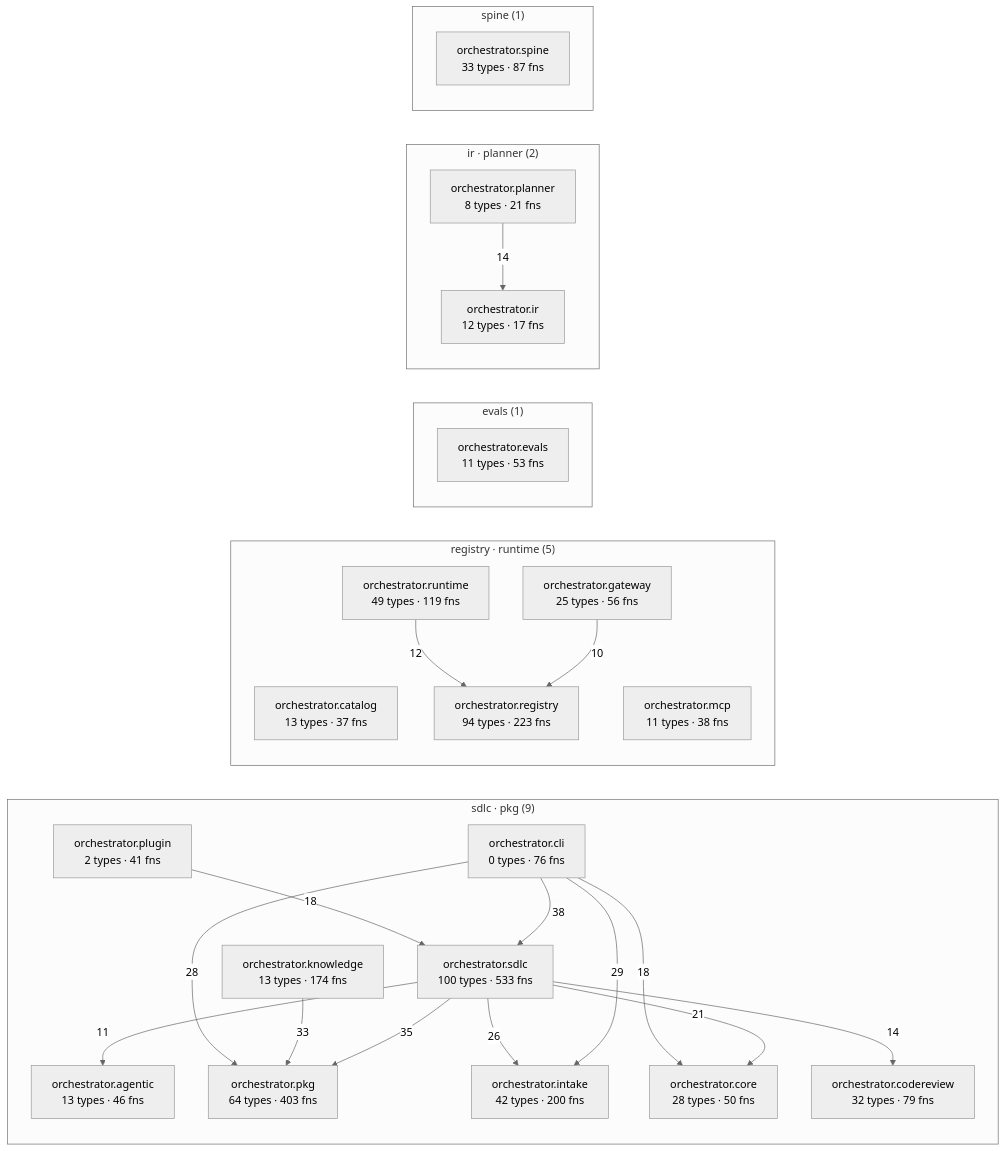
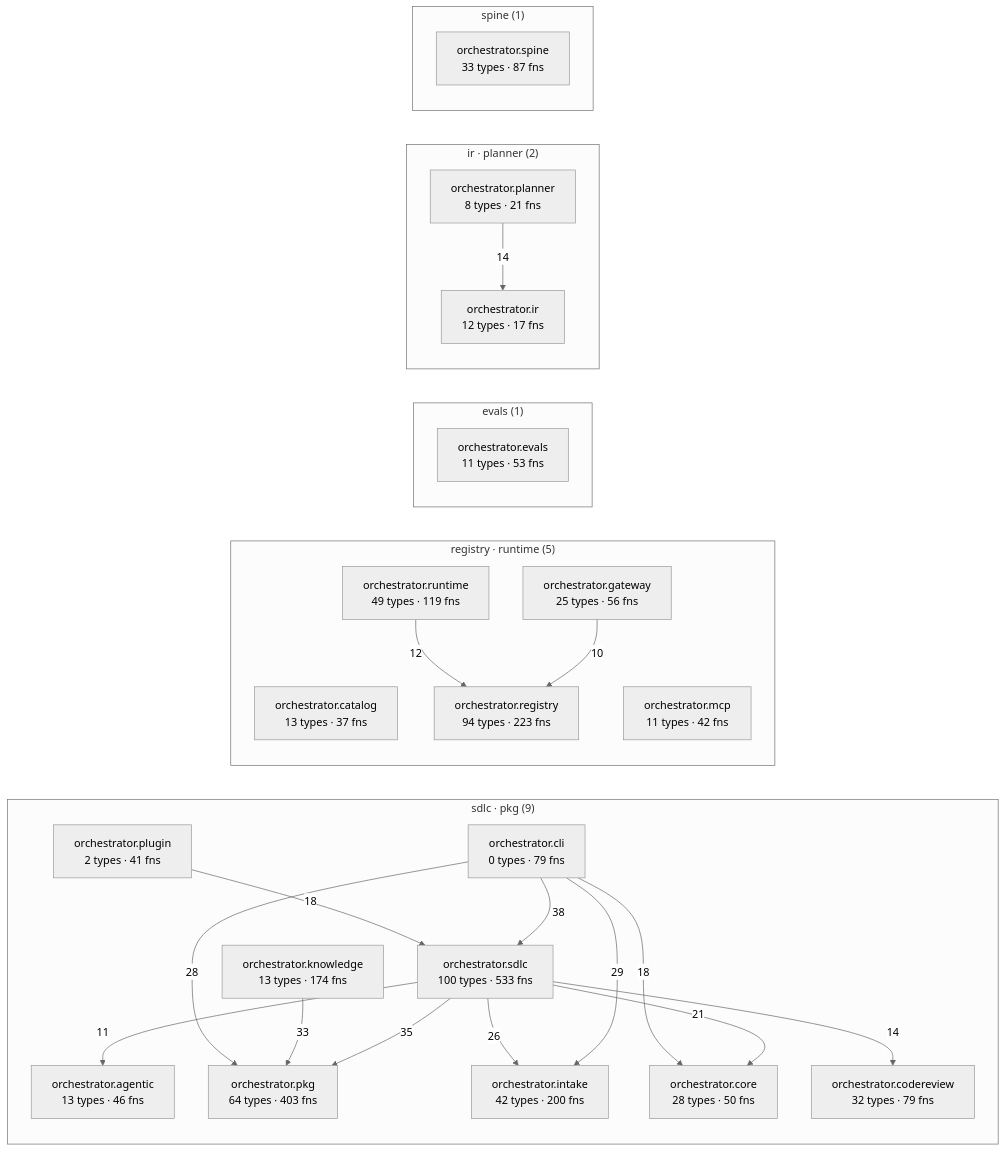
Before and after one commit to synaptixs/spine: the diagram in episteme/architecture.md, drawn with Mermaid (neutral theme). The commit also changed other lines of this file and 28 other files, not shown here.

````diff
--- a/episteme/architecture.md
+++ b/episteme/architecture.md
@@ -54,45 +54,45 @@
 ```mermaid
 flowchart LR
   subgraph c_1["sdlc · pkg (9)"]
     aorchestratoragentic["orchestrator.agentic<br/>13 types · 46 fns"]
-    aorchestratorcli["orchestrator.cli<br/>0 types · 76 fns"]
+    aorchestratorcli["orchestrator.cli<br/>0 types · 79 fns"]
     aorchestratorcodereview["orchestrator.codereview<br/>32 types · 79 fns"]
     aorchestratorcore["orchestrator.core<br/>28 types · 50 fns"]
     aorchestratorintake["orchestrator.intake<br/>42 types · 200 fns"]
     aorchestratorknowledge["orchestrator.knowledge<br/>13 types · 174 fns"]
     aorchestratorpkg["orchestrator.pkg<br/>64 types · 403 fns"]
     aorchestratorplugin["orchestrator.plugin<br/>2 types · 41 fns"]
     aorchestratorsdlc["orchestrator.sdlc<br/>100 types · 533 fns"]
   end
   subgraph c_3["registry · runtime (5)"]
     aorchestratorcatalog["orchestrator.catalog<br/>13 types · 37 fns"]
     aorchestratorgateway["orchestrator.gateway<br/>25 types · 56 fns"]
-    aorchestratormcp["orchestrator.mcp<br/>11 types · 38 fns"]
+    aorchestratormcp["orchestrator.mcp<br/>11 types · 42 fns"]
     aorchestratorregistry["orchestrator.registry<br/>94 types · 223 fns"]
     aorchestratorruntime["orchestrator.runtime<br/>49 types · 119 fns"]
   end
   subgraph c_5["evals (1)"]
     aorchestratorevals["orchestrator.evals<br/>11 types · 53 fns"]
   end
   subgraph c_7["ir · planner (2)"]
     aorchestratorir["orchestrator.ir<br/>12 types · 17 fns"]
     aorchestratorplanner["orchestrator.planner<br/>8 types · 21 fns"]
   end
   subgraph c_10["spine (1)"]
     aorchestratorspine["orchestrator.spine<br/>33 types · 87 fns"]
   end
   aorchestratorcli -->|38| aorchestratorsdlc
   aorchestratorsdlc -->|35| aorchestratorpkg
   aorchestratorknowledge -->|33| aorchestratorpkg
   aorchestratorcli -->|29| aorchestratorintake
   aorchestratorcli -->|28| aorchestratorpkg
   aorchestratorsdlc -->|26| aorchestratorintake
   aorchestratorsdlc -->|21| aorchestratorcore
   aorchestratorcli -->|18| aorchestratorcore
   aorchestratorplugin -->|18| aorchestratorsdlc
   aorchestratorplanner -->|14| aorchestratorir
   aorchestratorsdlc -->|14| aorchestratorcodereview
   aorchestratorruntime -->|12| aorchestratorregistry
   aorchestratorsdlc -->|11| aorchestratoragentic
   aorchestratorgateway -->|10| aorchestratorregistry
 ```
````
